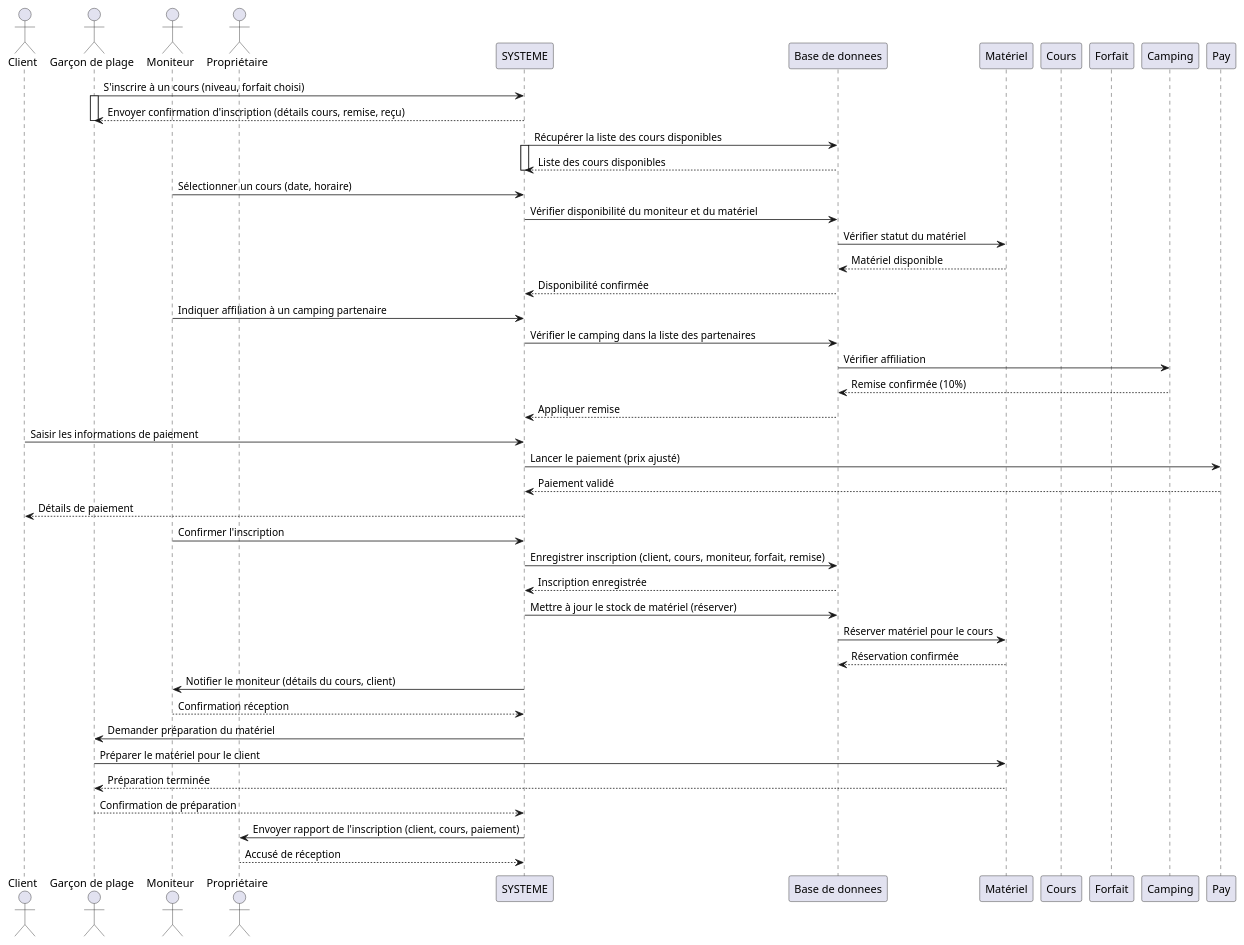
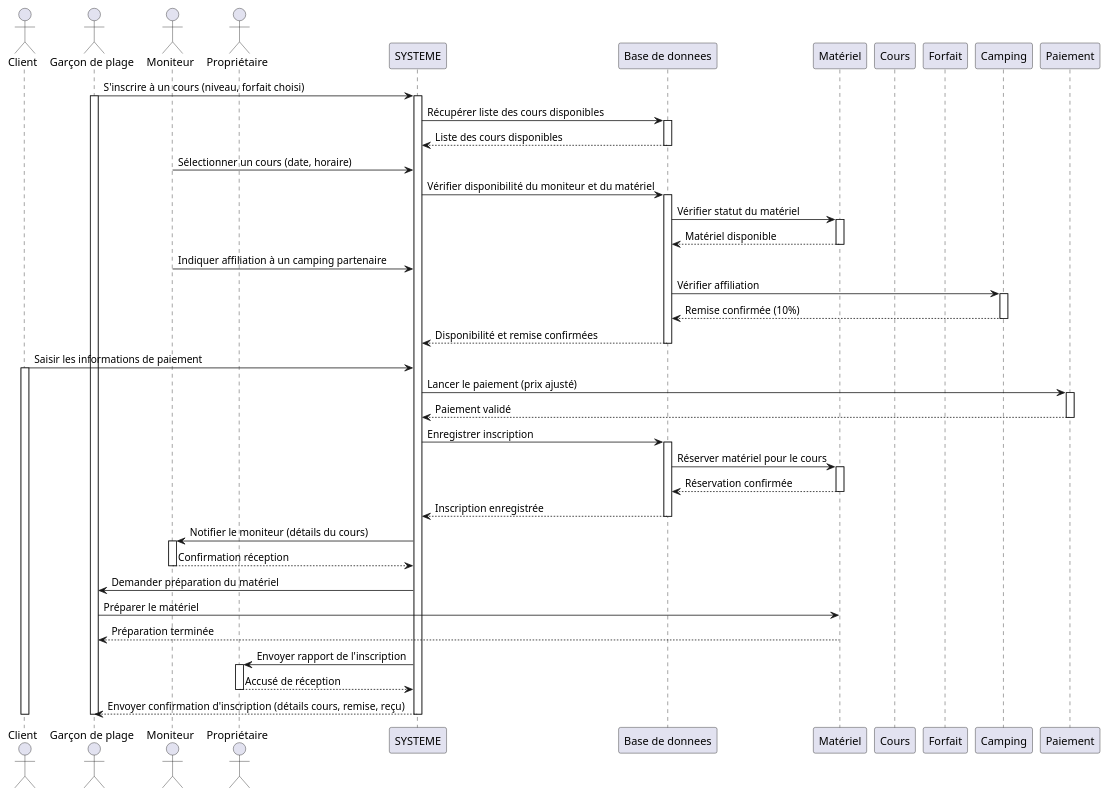
The diagram in docs/1-analysis/workflowSequenceDiagram.puml (Hugo-COLLIN/MIAGE_CSI_NauticalClub), drawn with PlantUML before and after one commit.

Commit message:
docs: improving workflow sequence diagram

```diff
--- a/docs/1-analysis/workflowSequenceDiagram.puml
+++ b/docs/1-analysis/workflowSequenceDiagram.puml
@@ -1,57 +1,74 @@
 @startuml
 actor Client as C
 actor "Garçon de plage" as G
 actor "Moniteur" as M
 actor "Propriétaire" as P
 participant "SYSTEME" as App
 participant "Base de donnees" as DB
 participant "Matériel" as Mat
 participant "Cours" as Cour
 participant "Forfait" as Forf
 participant "Camping" as Camp
+participant "Paiement" as Pay
 
 G -> App : S'inscrire à un cours (niveau, forfait choisi)
 activate G
-App --> G : Envoyer confirmation d'inscription (détails cours, remise, reçu)
-deactivate G
-App -> DB : Récupérer la liste des cours disponibles
 activate App
+
+App -> DB : Récupérer liste des cours disponibles
+activate DB
 DB --> App : Liste des cours disponibles
-deactivate App
+deactivate DB
 
 M -> App : Sélectionner un cours (date, horaire)
 App -> DB : Vérifier disponibilité du moniteur et du matériel
+activate DB
 DB -> Mat : Vérifier statut du matériel
+activate Mat
 Mat --> DB : Matériel disponible
-DB --> App : Disponibilité confirmée
+deactivate Mat
 
 M -> App : Indiquer affiliation à un camping partenaire
-App -> DB : Vérifier le camping dans la liste des partenaires
 DB -> Camp : Vérifier affiliation
+activate Camp
 Camp --> DB : Remise confirmée (10%)
-DB --> App : Appliquer remise
-C -> App  : Saisir les informations de paiement
+deactivate Camp
 
+DB --> App : Disponibilité et remise confirmées
+deactivate DB
+
+C -> App : Saisir les informations de paiement
+activate C
 App -> Pay : Lancer le paiement (prix ajusté)
+activate Pay
 Pay --> App : Paiement validé
-App --> C : Détails de paiement
+deactivate Pay
 
-M -> App : Confirmer l'inscription
-App -> DB : Enregistrer inscription (client, cours, moniteur, forfait, remise)
+App -> DB : Enregistrer inscription
+activate DB
+DB -> Mat : Réserver matériel pour le cours
+activate Mat
+Mat --> DB : Réservation confirmée
+deactivate Mat
 DB --> App : Inscription enregistrée
+deactivate DB
 
-App -> DB : Mettre à jour le stock de matériel (réserver)
-DB -> Mat : Réserver matériel pour le cours
-Mat --> DB : Réservation confirmée
-
-App -> M : Notifier le moniteur (détails du cours, client)
+App -> M : Notifier le moniteur (détails du cours)
+activate M
 M --> App : Confirmation réception
+deactivate M
 
 App -> G : Demander préparation du matériel
-G -> Mat : Préparer le matériel pour le client
+G -> Mat : Préparer le matériel
 Mat --> G : Préparation terminée
-G --> App : Confirmation de préparation
 
-App -> P : Envoyer rapport de l'inscription (client, cours, paiement)
+App -> P : Envoyer rapport de l'inscription
+activate P
 P --> App : Accusé de réception
+deactivate P
+
+App --> G : Envoyer confirmation d'inscription (détails cours, remise, reçu)
+deactivate G
+deactivate App
+deactivate C
 @enduml
```
